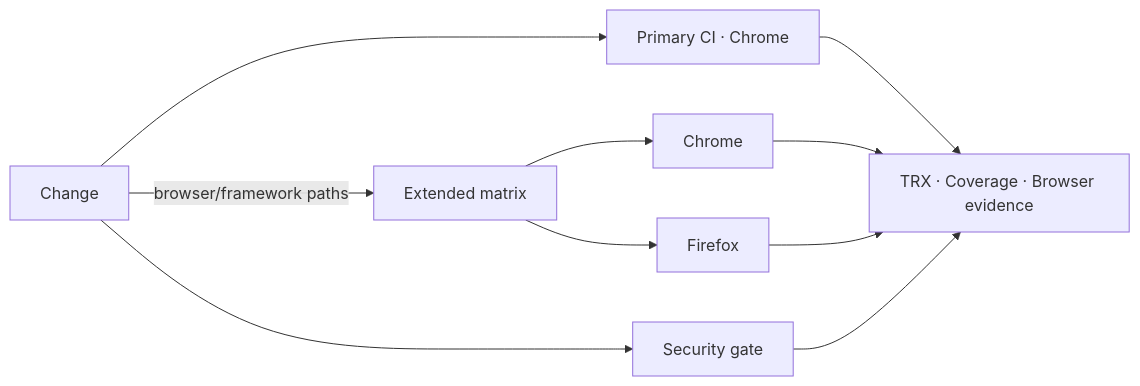
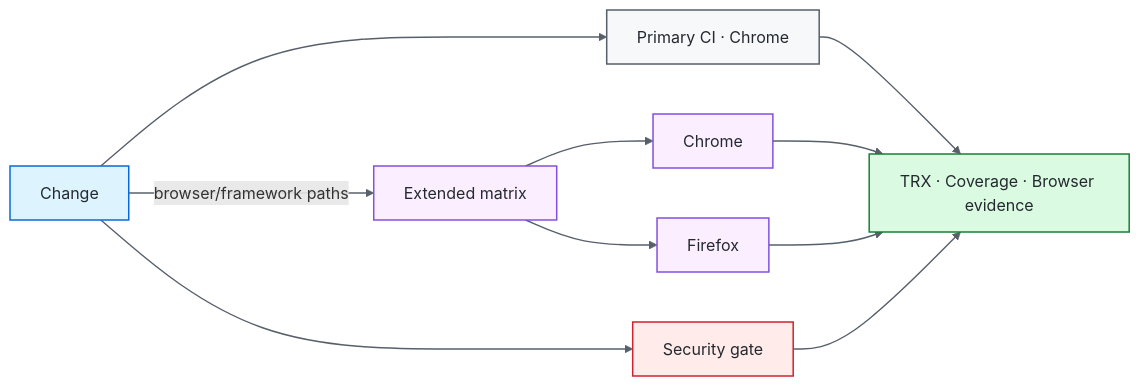
Before and after one commit to portyu9/qa-automation-dotnet-selenium: the first of 3 diagrams in README.md, drawn with Mermaid. The commit also changed other lines of this file, not shown here.

First line of the commit message:
Polish README badges and diagrams (#20)

````diff
--- a/README.md
+++ b/README.md
@@ -35,12 +32,24 @@
 ```mermaid
 flowchart LR
     CHANGE[Change] --> CI[Primary CI · Chrome]
     CHANGE --> SEC[Security gate]
     CHANGE -->|browser/framework paths| EXT[Extended matrix]
     EXT --> CH[Chrome]
     EXT --> FF[Firefox]
     CI --> EVIDENCE[TRX · Coverage · Browser evidence]
     CH --> EVIDENCE
     FF --> EVIDENCE
     SEC --> EVIDENCE
+
+    classDef entry fill:#ddf4ff,stroke:#0969da,color:#24292f,stroke-width:1.5px;
+    classDef core fill:#f6f8fa,stroke:#57606a,color:#24292f,stroke-width:1.5px;
+    classDef gate fill:#fbefff,stroke:#8250df,color:#24292f,stroke-width:1.5px;
+    classDef evidence fill:#dafbe1,stroke:#1a7f37,color:#24292f,stroke-width:1.5px;
+    classDef security fill:#ffebe9,stroke:#cf222e,color:#24292f,stroke-width:1.5px;
+    class CHANGE entry;
+    class CI core;
+    class EXT,CH,FF gate;
+    class SEC security;
+    class EVIDENCE evidence;
+    linkStyle default stroke:#57606a,stroke-width:1.4px;
 ```
````
